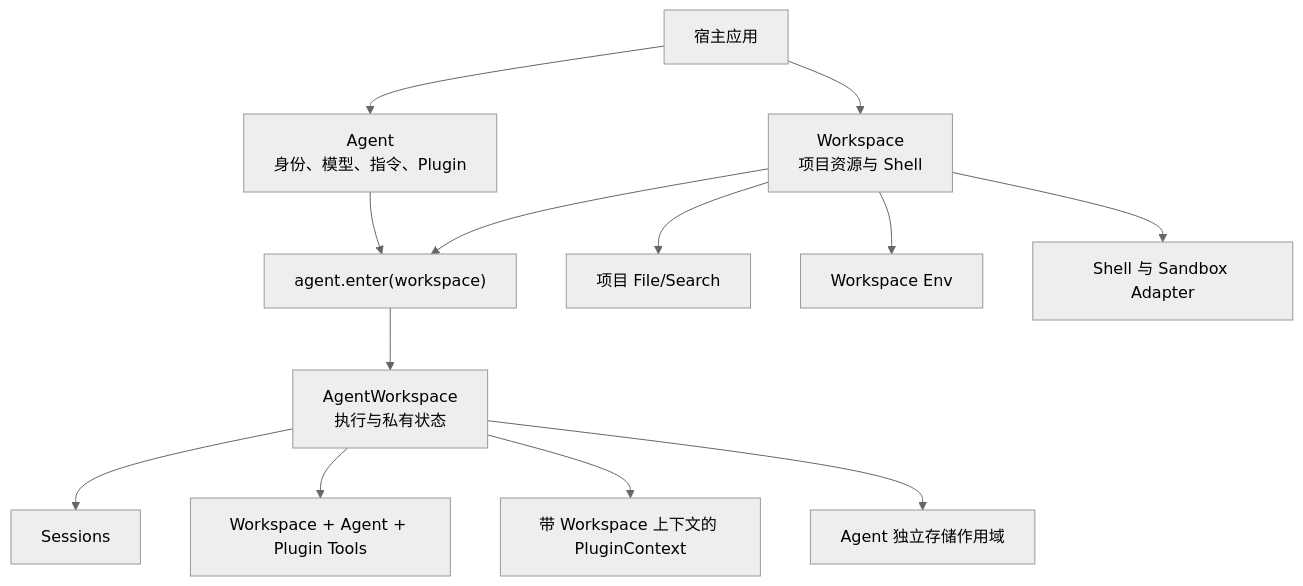
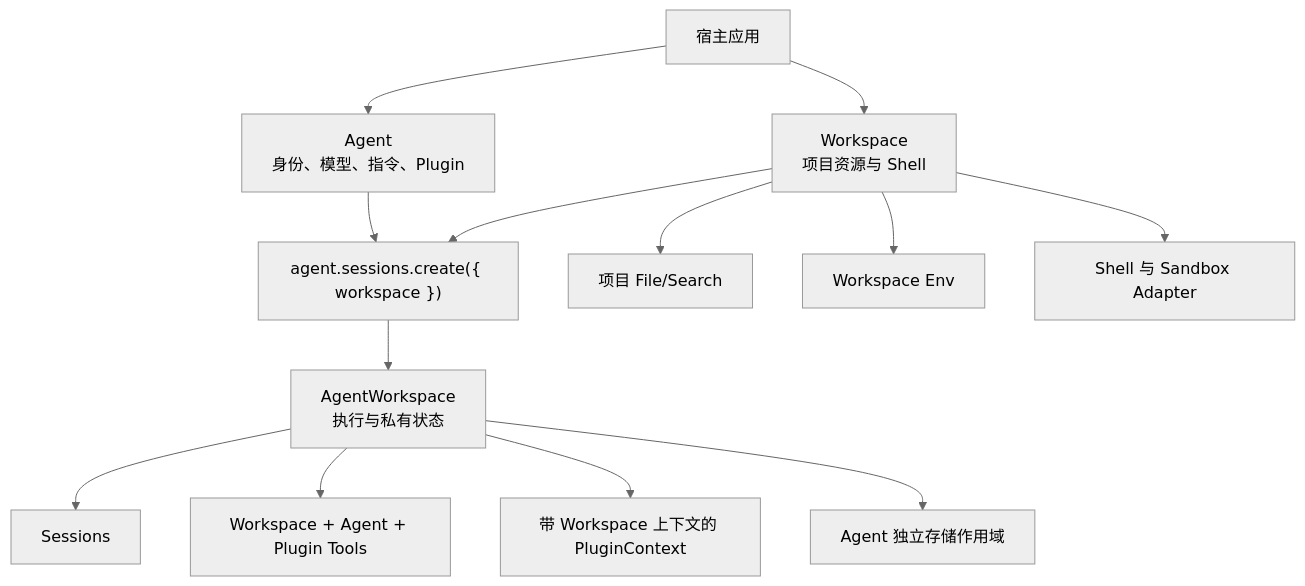
One commit to genesiscosmos/downcity changed the first of 2 diagrams in homepage/content/docs/zh/agent/sdk-architecture.mdx. Above: the diagram before and after it, drawn with Mermaid (neutral theme). The commit also changed other lines of this file and 51 other files, not shown here.

Commit message:
refactor(agent): expose transport with agent workspace selection

````diff
--- a/homepage/content/docs/zh/agent/sdk-architecture.mdx
+++ b/homepage/content/docs/zh/agent/sdk-architecture.mdx
@@ -24,15 +24,15 @@
 ```mermaid
 flowchart TD
     Host["宿主应用"] --> Agent["Agent<br/>身份、模型、指令、Plugin"]
     Host --> Workspace["Workspace<br/>项目资源与 Shell"]
-    Agent --> Enter["agent.enter(workspace)"]
+    Agent --> Enter["agent.sessions.create({ workspace })"]
     Workspace --> Enter
     Enter --> AgentWorkspace["AgentWorkspace<br/>执行与私有状态"]
     AgentWorkspace --> Sessions["Sessions"]
     AgentWorkspace --> Tools["Workspace + Agent + Plugin Tools"]
     AgentWorkspace --> Context["带 Workspace 上下文的 PluginContext"]
     AgentWorkspace --> Storage["Agent 独立存储作用域"]
     Workspace --> Files["项目 File/Search"]
     Workspace --> Env["Workspace Env"]
     Workspace --> Shell["Shell 与 Sandbox Adapter"]
 ```
````
